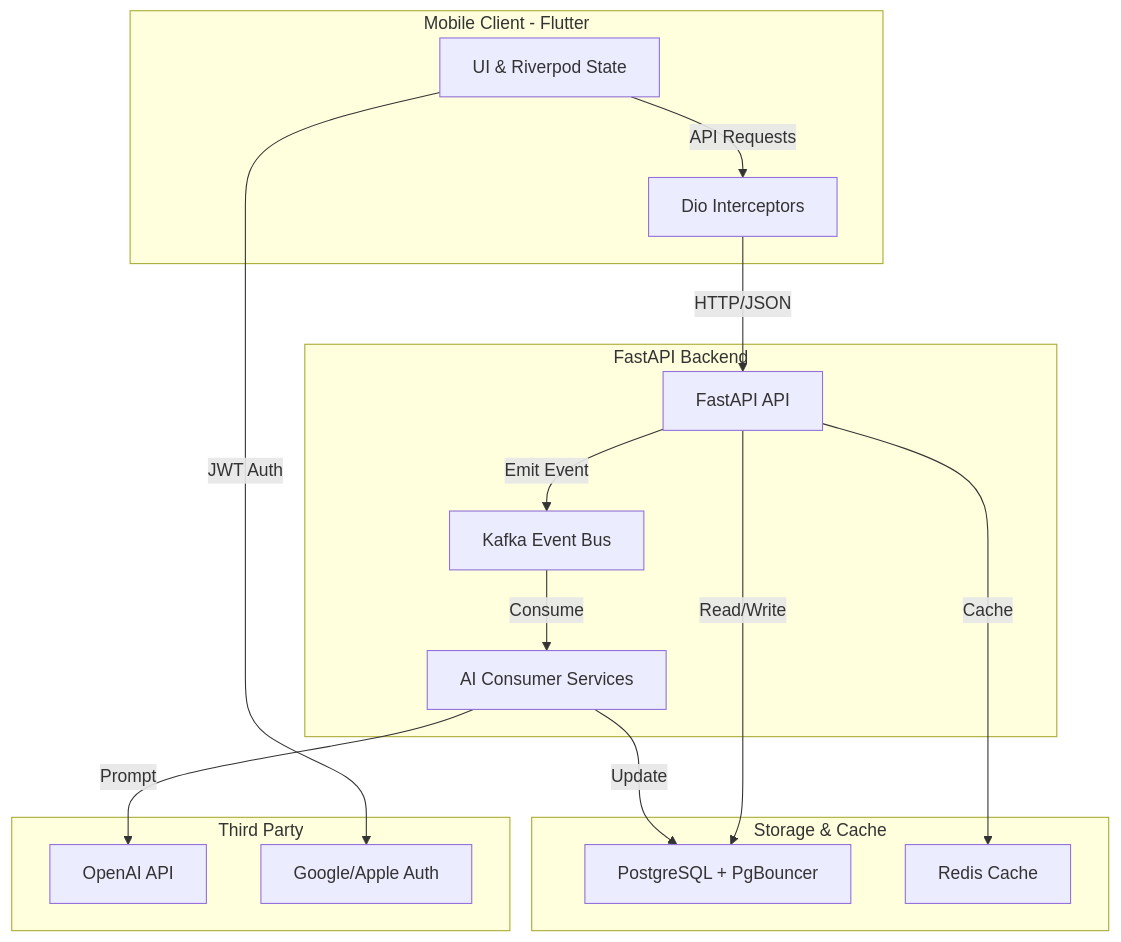
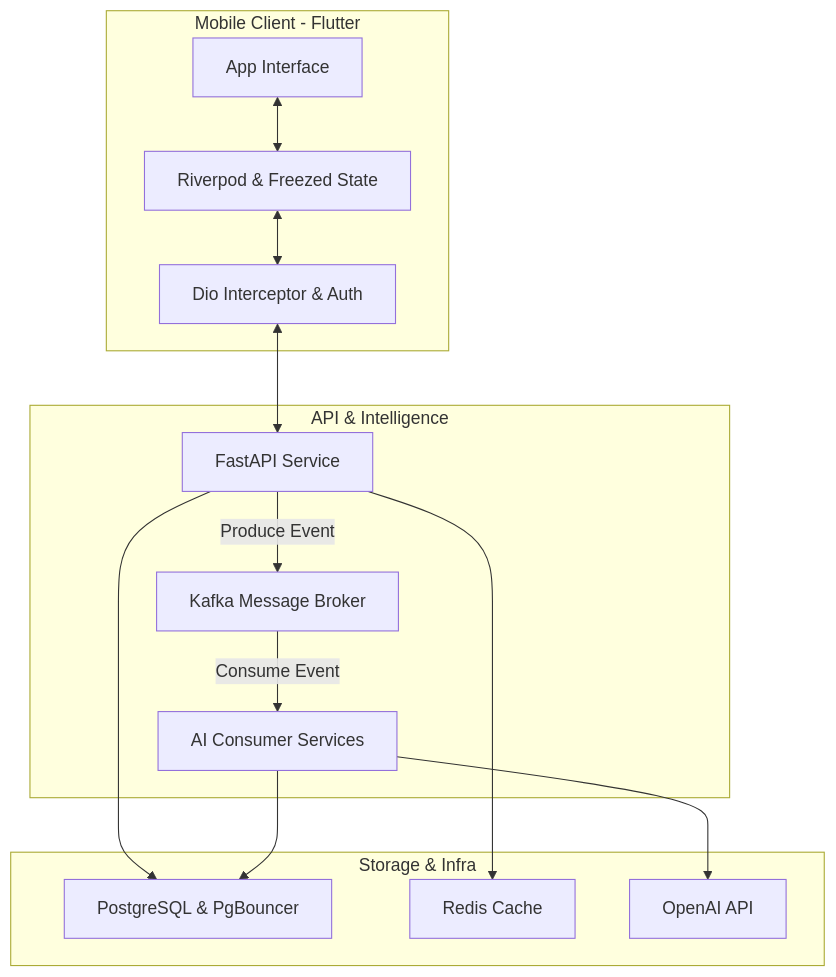
One commit to team-zeroone/zeroone-web-v6 changed the diagram in content/portfolio/lexigram.md. Above: the diagram before and after it, drawn with Mermaid. The commit also changed other lines of this file, not shown here.

Commit message:
update(portfolio): Lexigram

````diff
--- a/content/portfolio/lexigram.md
+++ b/content/portfolio/lexigram.md
@@ -17,34 +19,31 @@
 ```mermaid
-%%{init: {'theme': 'default', 'themeVariables': { 'background': '#ffffff'}}}%%
+%%{init: {'theme': 'default', 'themeVariables': { 'background': '#ffffff', 'canvasBackground': '#ffffff', 'primaryColor': '#fff' }}}%%
 flowchart TD
-    subgraph MobileClient [Mobile Client - Flutter]
-        UI[UI & Riverpod State]
-        Dio[Dio Interceptors]
+    subgraph Frontend [Mobile Client - Flutter]
+        UI[App Interface]
+        State[Riverpod & Freezed State]
+        Auth[Dio Interceptor & Auth]
     end
 
-    subgraph Backend [FastAPI Backend]
-        API[FastAPI API]
-        Kafka[Kafka Event Bus]
-        Worker[AI Consumer Services]
+    subgraph Backend [API & Intelligence]
+        FastAPI[FastAPI Service]
+        Kafka[Kafka Message Broker]
+        Workers[AI Consumer Services]
     end
 
-    subgraph DataStorage [Storage & Cache]
-        Postgres[PostgreSQL + PgBouncer]
+    subgraph Data [Storage & Infra]
+        Postgres[PostgreSQL & PgBouncer]
         Redis[Redis Cache]
+        OpenAI[OpenAI API]
     end
 
-    subgraph External [Third Party]
-        OpenAI[OpenAI API]
-        Auth[Google/Apple Auth]
-    end
-
-    UI -->|JWT Auth| Auth
-    UI -->|API Requests| Dio
-    Dio -->|HTTP/JSON| API
-    API -->|Read/Write| Postgres
-    API -->|Cache| Redis
-    API -->|Emit Event| Kafka
-    Kafka -->|Consume| Worker
-    Worker -->|Prompt| OpenAI
-    Worker -->|Update| Postgres
+    UI <--> State
+    State <--> Auth
+    Auth <--> FastAPI
+    FastAPI --> Postgres
+    FastAPI --> Redis
+    FastAPI -- Produce Event --> Kafka
+    Kafka -- Consume Event --> Workers
+    Workers --> OpenAI
+    Workers --> Postgres
 ```
````
